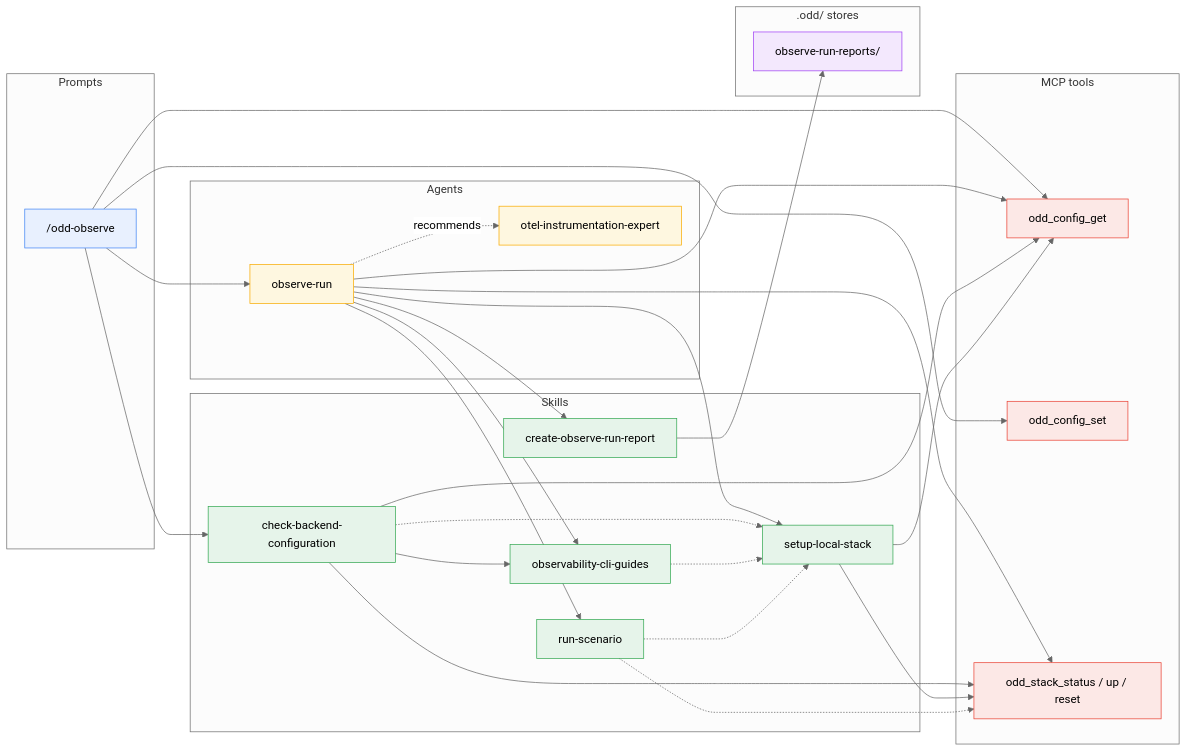
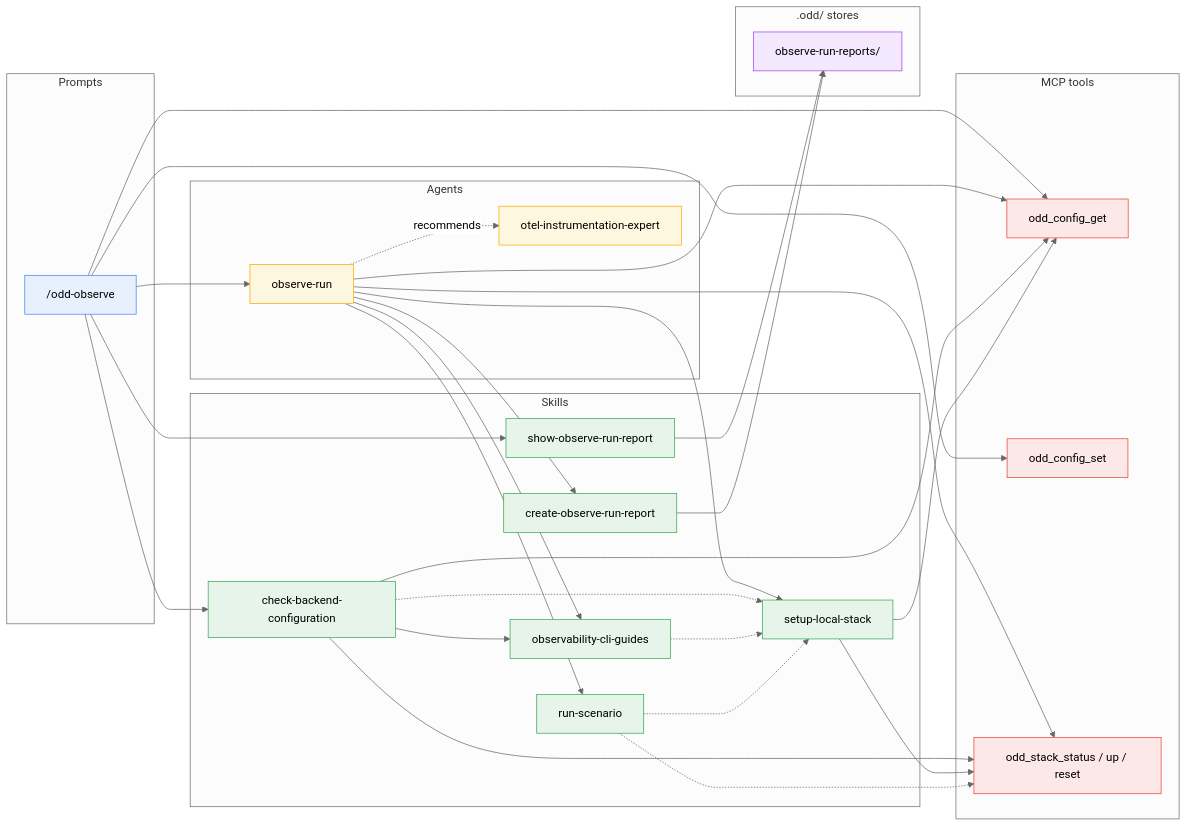
The second of 6 diagrams in docs/guide/dependencies.md (using-system/oddyssey), drawn with Mermaid (neutral theme) before and after one commit. The commit also changed other lines of this file and 7 other files, not shown here.

Commit message:
feat(skill): show-report skills close the missions with a synthesis (#165)

````diff
--- a/docs/guide/dependencies.md
+++ b/docs/guide/dependencies.md
@@ -91,65 +98,68 @@
 ```mermaid
 flowchart LR
   subgraph Prompts
     observe["/odd-observe"]
   end
 
   subgraph Agents
     runner[observe-run]
     expert[otel-instrumentation-expert]
   end
 
   subgraph Skills
     cbc[check-backend-configuration]
     ocg[observability-cli-guides]
     sls[setup-local-stack]
     rs[run-scenario]
     corr[create-observe-run-report]
+    sorr[show-observe-run-report]
   end
 
   subgraph MCP["MCP tools"]
     cfgget[odd_config_get]
     cfgset[odd_config_set]
     stack[odd_stack_status / up / reset]
   end
 
   subgraph Stores[".odd/ stores"]
     obsdir[observe-run-reports/]
   end
 
   observe --> runner
   observe --> cbc
+  observe --> sorr
   observe --> cfgget
   observe --> cfgset
+  sorr --> obsdir
 
   runner --> ocg
   runner --> sls
   runner --> rs
   runner --> corr
   runner --> cfgget
   runner --> stack
   runner -. recommends .-> expert
 
   cbc -.-> sls
   cbc --> ocg
   cbc --> cfgget
   cbc --> stack
   ocg -.-> sls
   sls --> cfgget
   sls --> stack
   rs -.-> stack
   rs -.-> sls
 
   corr --> obsdir
 
   classDef prompt fill:#e8f0fe,stroke:#4285f4
   classDef agent fill:#fef7e0,stroke:#f9ab00
   classDef skill fill:#e6f4ea,stroke:#34a853
   classDef mcp fill:#fce8e6,stroke:#ea4335
   classDef store fill:#f3e8fd,stroke:#a142f4
   class observe prompt
   class runner,expert agent
-  class cbc,ocg,sls,rs,corr skill
+  class cbc,ocg,sls,rs,corr,sorr skill
   class cfgget,cfgset,stack mcp
   class obsdir store
 ```
````
